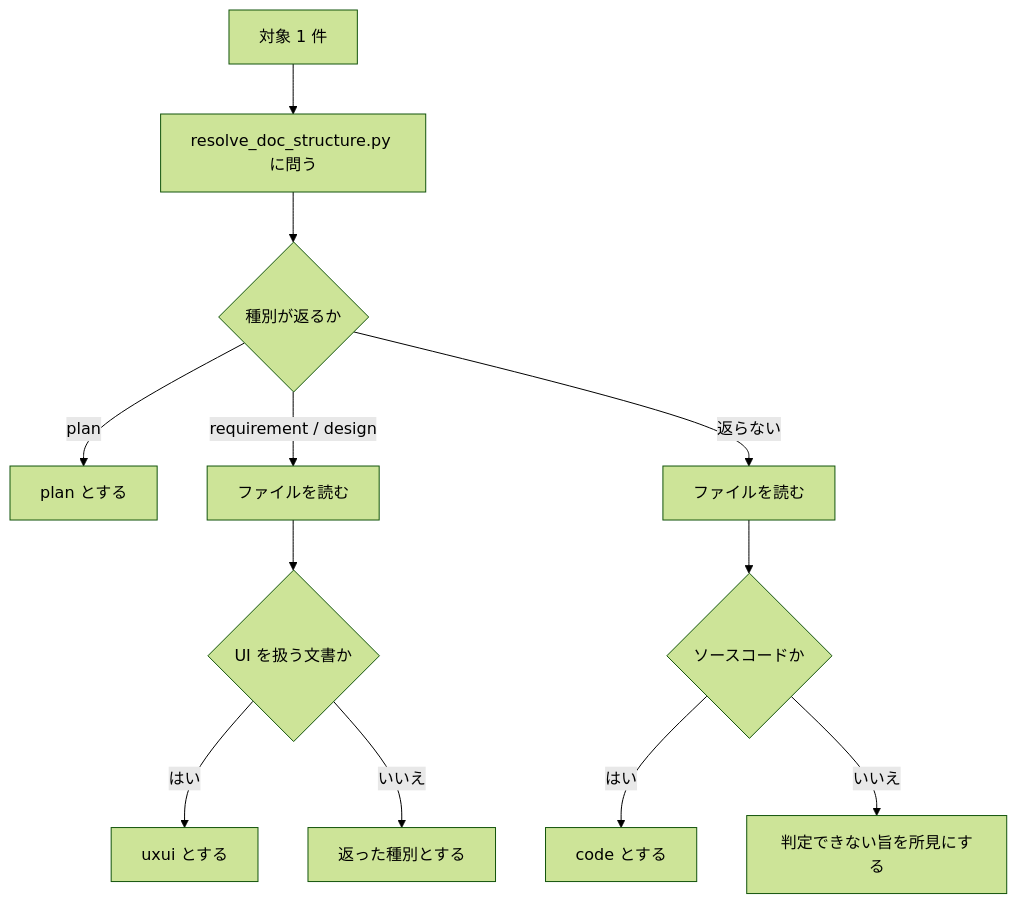
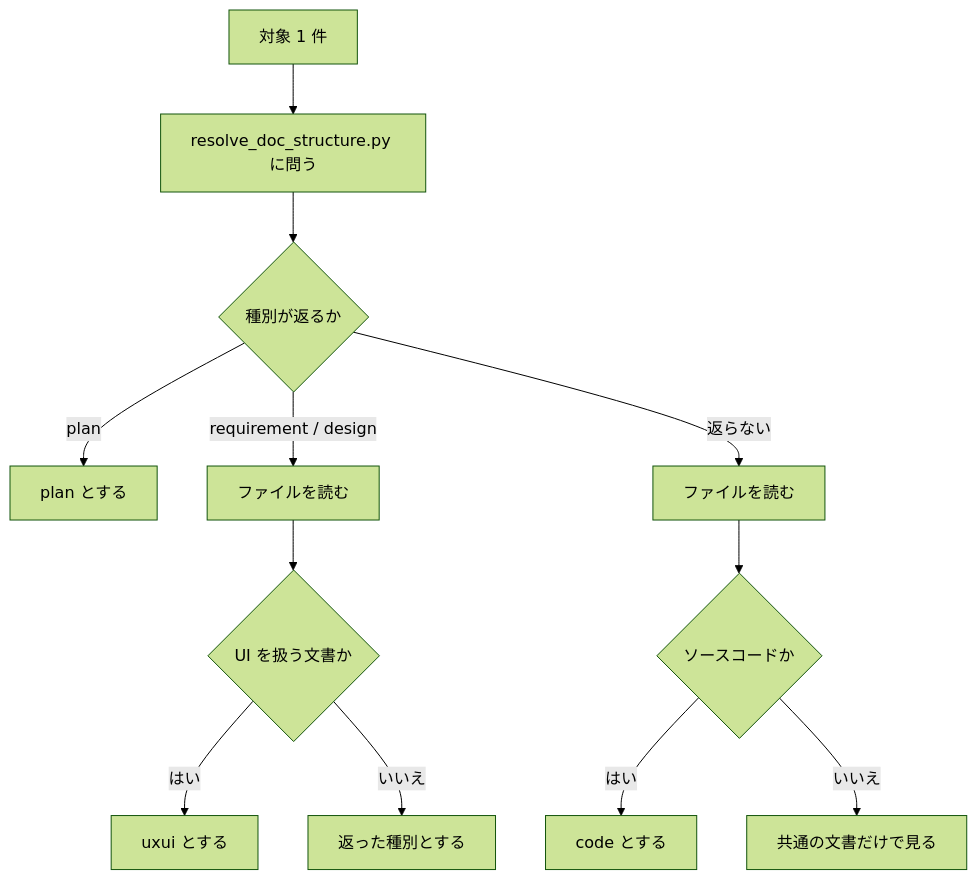
The third of 3 diagrams in docs/specs/review/design/DES-084_reviewer_design.md (BlueEventHorizon/bw-cc-plugins), drawn with Mermaid (forest theme) before and after one commit. The commit also changed other lines of this file and 4 other files, not shown here.

````diff
--- a/docs/specs/review/design/DES-084_reviewer_design.md
+++ b/docs/specs/review/design/DES-084_reviewer_design.md
@@ -444,14 +233,14 @@
 ```mermaid
 flowchart TB
     A["対象 1 件"] --> B["resolve_doc_structure.py に問う"]
     B --> C{"種別が返るか"}
     C -->|"plan"| D["plan とする"]
     C -->|"requirement / design"| E["ファイルを読む"]
     E --> F{"UI を扱う文書か"}
     F -->|"はい"| G["uxui とする"]
     F -->|"いいえ"| H["返った種別とする"]
     C -->|"返らない"| I["ファイルを読む"]
     I --> J{"ソースコードか"}
     J -->|"はい"| K["code とする"]
-    J -->|"いいえ"| L["判定できない旨を所見にする"]
+    J -->|"いいえ"| L["共通の文書だけで見る"]
 ```
````
